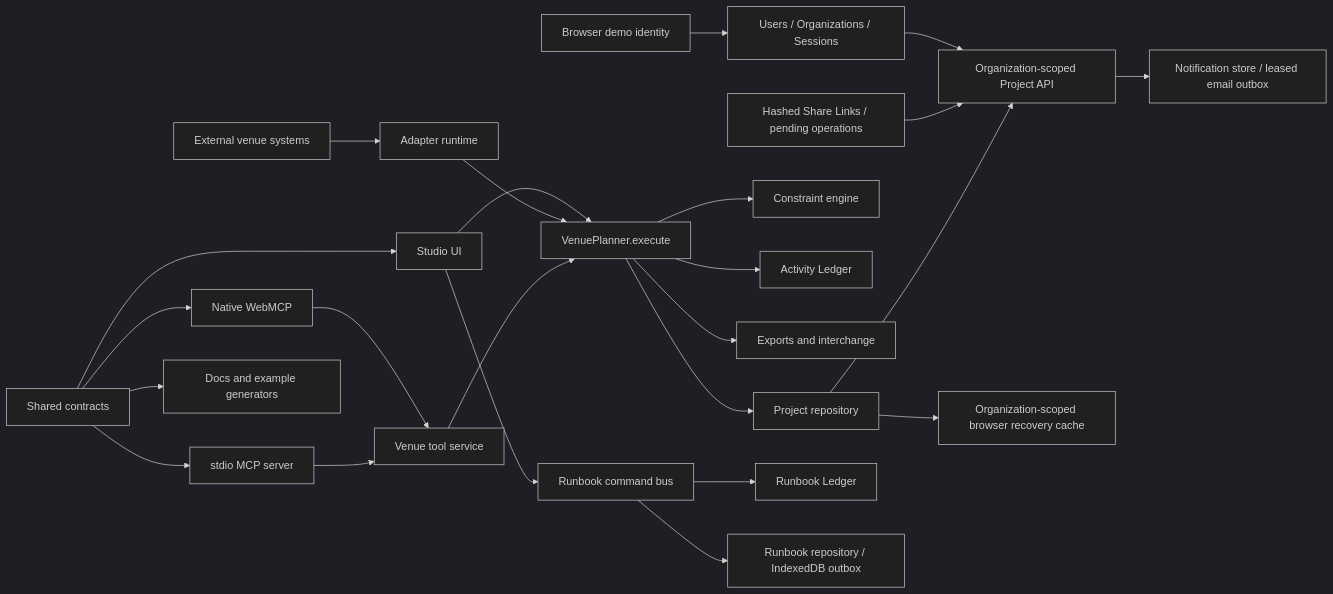
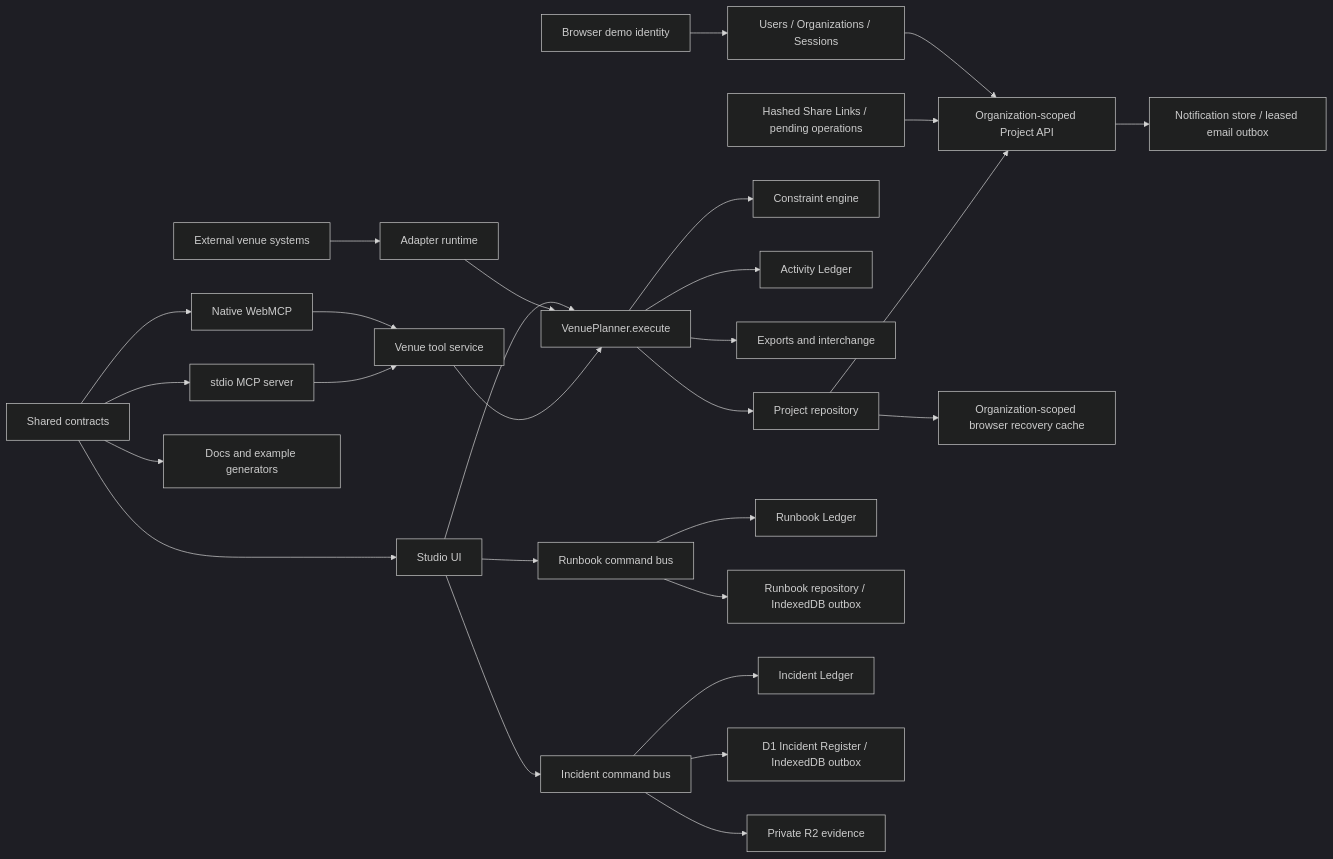
The first of 2 diagrams in public/guides/architecture.md (Seyamalam/venue-mind), drawn with Mermaid (dark theme) before and after one commit. The commit also changed other lines of this file and 391 other files, not shown here.

````diff
--- a/public/guides/architecture.md
+++ b/public/guides/architecture.md
@@ -7,26 +7,30 @@
 ```mermaid
 flowchart LR
   IDP[Browser demo identity] --> ACCOUNTS[Users / Organizations / Sessions]
   ACCOUNTS --> API[Organization-scoped Project API]
   SHARE[Hashed Share Links / pending operations] --> API
   API --> NOTIFY[Notification store / leased email outbox]
   UI[Studio UI] --> BUS[VenuePlanner.execute]
   UI --> RUNBUS[Runbook command bus]
+  UI --> INCBUS[Incident command bus]
   WEB[Native WebMCP] --> SERVICE[Venue tool service]
   MCP[stdio MCP server] --> SERVICE
   EXT[External venue systems] --> ADAPTERS[Adapter runtime]
   ADAPTERS --> BUS
   SERVICE --> BUS
   CONTRACTS[Shared contracts] --> UI
   CONTRACTS --> WEB
   CONTRACTS --> MCP
   CONTRACTS --> DOCGEN[Docs and example generators]
   BUS --> VALIDATE[Constraint engine]
   BUS --> LEDGER[Activity Ledger]
   BUS --> EXPORTS[Exports and interchange]
   BUS --> PROJECTS[Project repository]
   RUNBUS --> RUNLEDGER[Runbook Ledger]
   RUNBUS --> RUNSTORE[Runbook repository / IndexedDB outbox]
+  INCBUS --> INCLEDGER[Incident Ledger]
+  INCBUS --> INCSTORE[D1 Incident Register / IndexedDB outbox]
+  INCBUS --> R2[Private R2 evidence]
   PROJECTS --> API
   PROJECTS --> LOCAL[Organization-scoped browser recovery cache]
 ```
````
